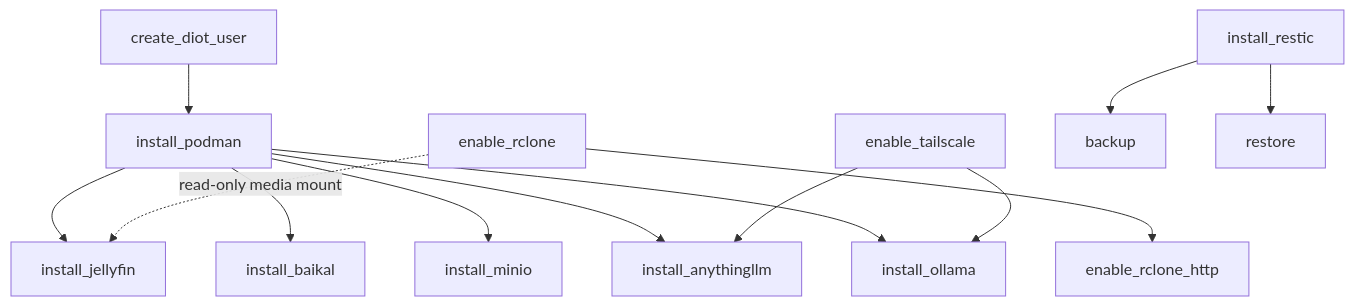
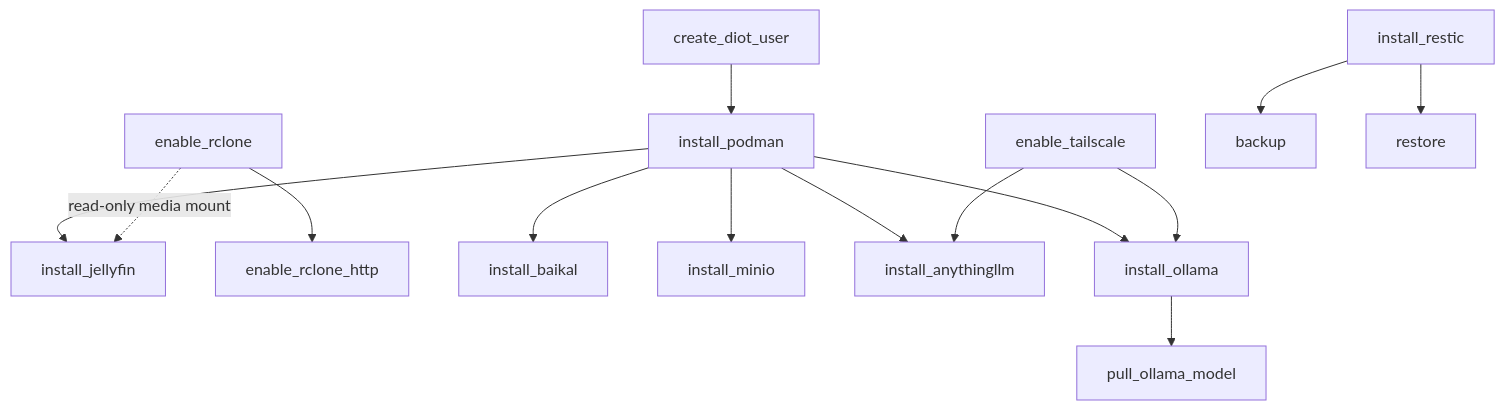
Before and after one commit to BinaryBand/strata: the diagram in docs/ARCHITECTURE.md, drawn with Mermaid. The commit also changed other lines of this file and 9 other files, not shown here.

First line of the commit message:
feat(services): add runbook to pull models into the Ollama container

````diff
--- a/docs/ARCHITECTURE.md
+++ b/docs/ARCHITECTURE.md
@@ -110,15 +110,16 @@
 ```mermaid
 flowchart TD
     diot[create_diot_user] --> podman[install_podman]
     podman --> jellyfin[install_jellyfin]
     rclone[enable_rclone] -. read-only media mount .-> jellyfin
     rclone --> rclone_http[enable_rclone_http]
     podman --> baikal[install_baikal]
     podman --> minio[install_minio]
     podman --> anythingllm[install_anythingllm]
     tailscale[enable_tailscale] --> anythingllm
     podman --> ollama[install_ollama]
     tailscale --> ollama
+    ollama --> pull_ollama_model
     restic[install_restic] --> backup[backup]
     restic --> restore[restore]
 ```
````
